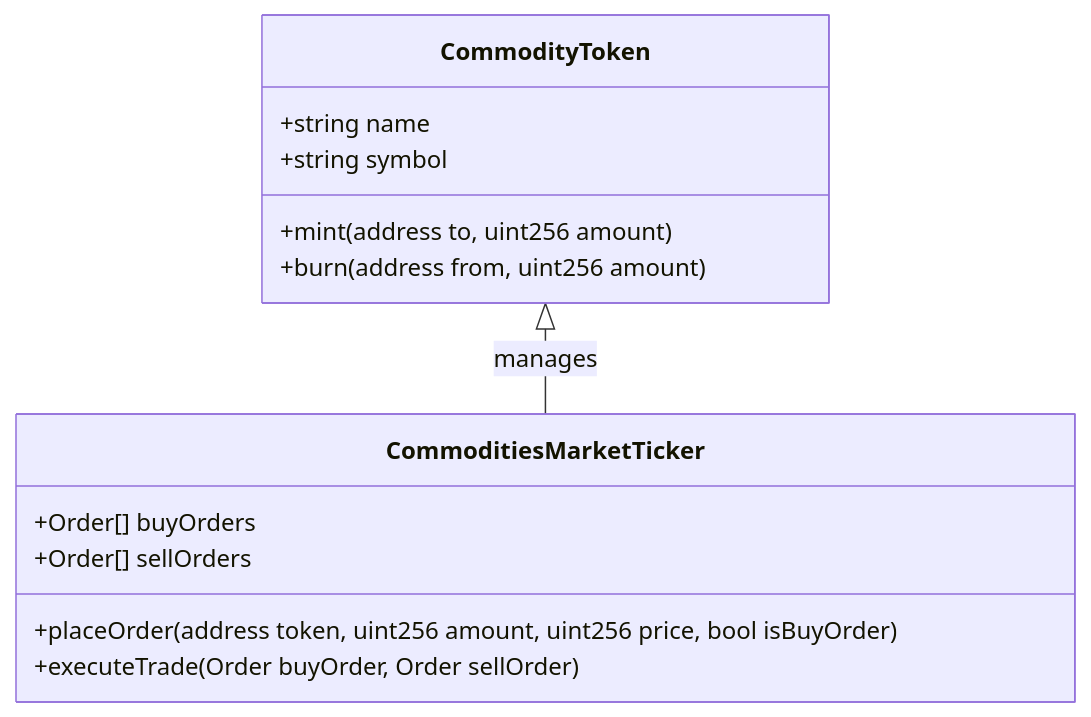
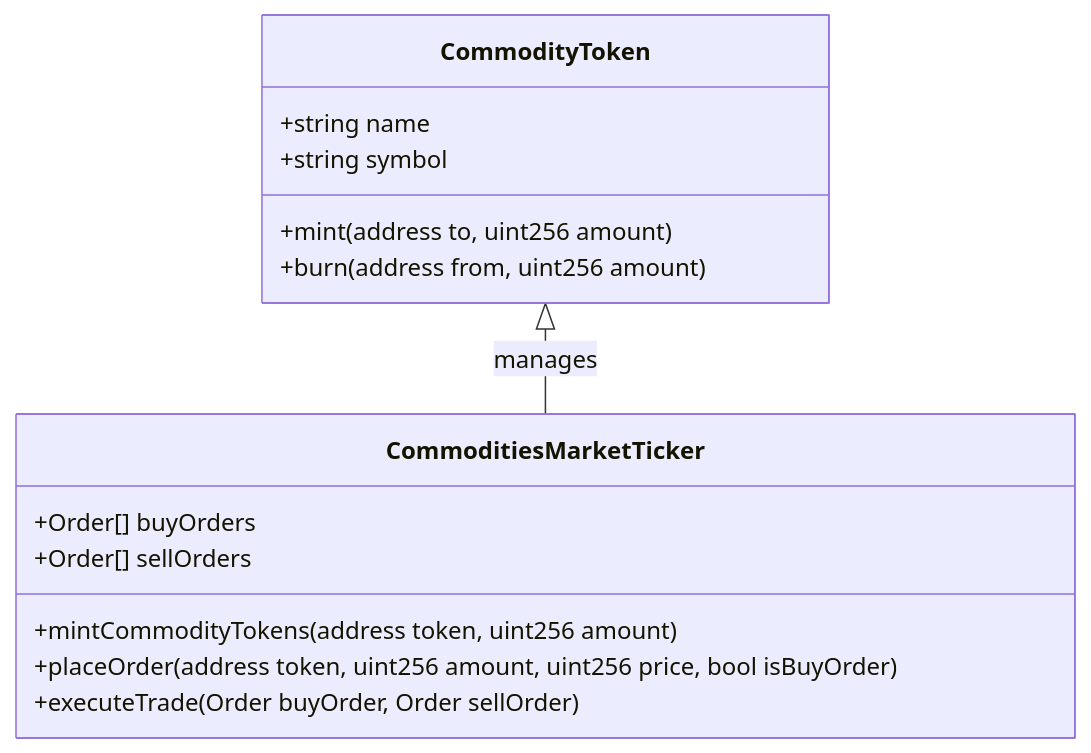
One commit to market-ticker/CMT changed the first of 2 diagrams in README.md. Above: the diagram before and after it, drawn with Mermaid. The commit also changed other lines of this file and 4 other files, not shown here.

````diff
--- a/README.md
+++ b/README.md
@@ -15,16 +15,17 @@
 ```mermaid
 classDiagram
   class CommodityToken {
     +string name
     +string symbol
     +mint(address to, uint256 amount)
     +burn(address from, uint256 amount)
   }
   class CommoditiesMarketTicker {
     +Order[] buyOrders
     +Order[] sellOrders
+    +mintCommodityTokens(address token, uint256 amount)
     +placeOrder(address token, uint256 amount, uint256 price, bool isBuyOrder)
     +executeTrade(Order buyOrder, Order sellOrder)
   }
   CommodityToken <|-- CommoditiesMarketTicker : manages
 ```
````
